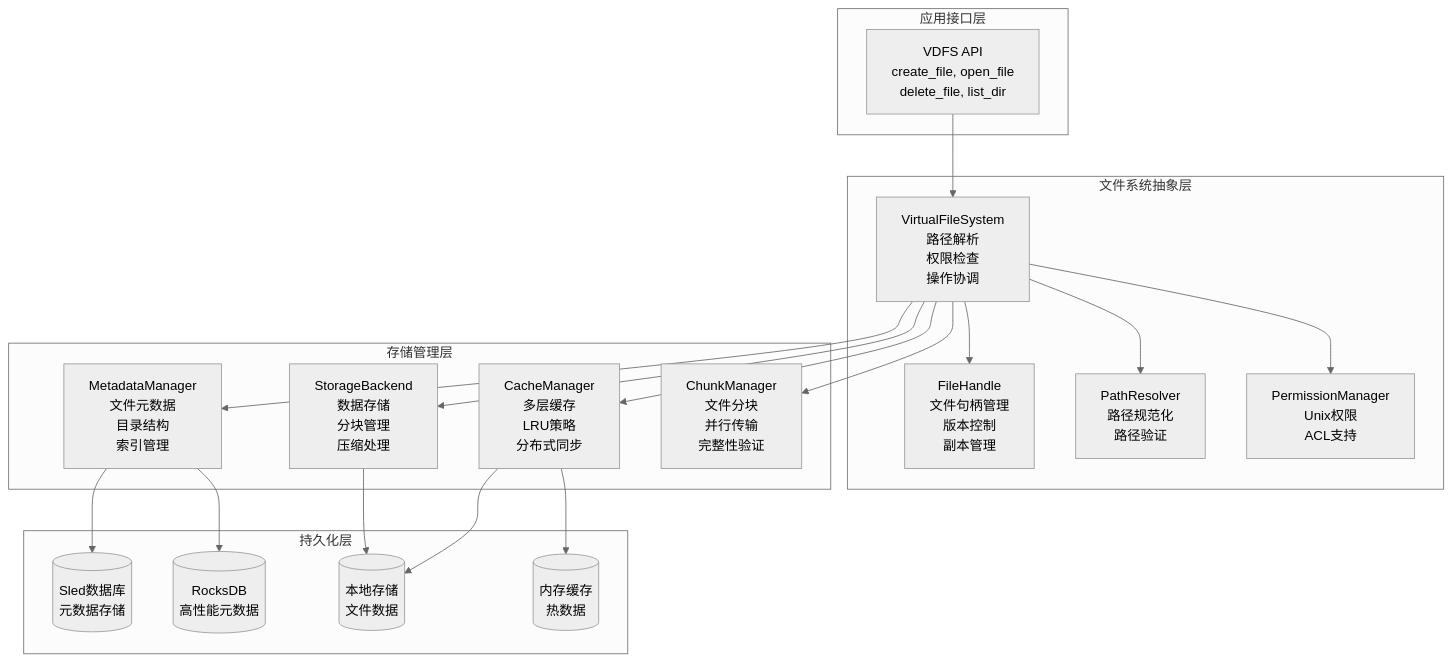
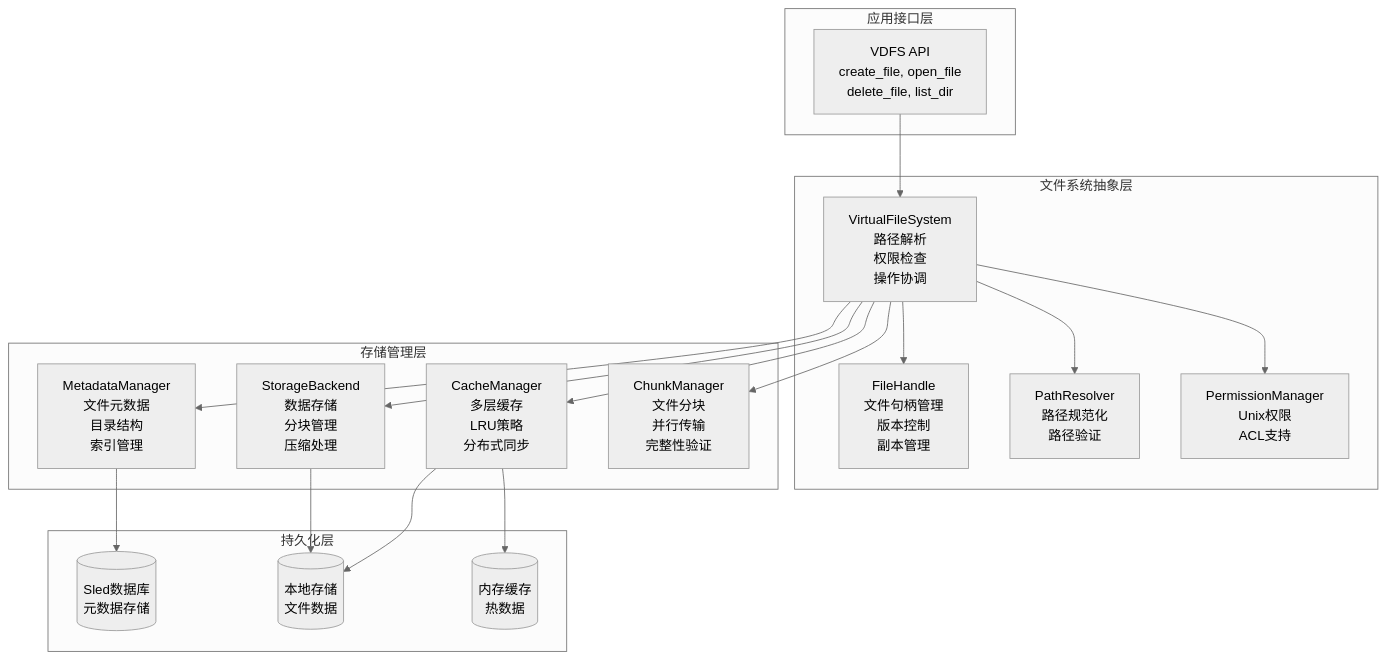
The seventh of 19 diagrams in docs/CORE_ARCHITECTURE.md (Gyangu/librorum), drawn with Mermaid (neutral theme) before and after one commit. The commit also changed other lines of this file and 4 other files, not shown here.

````diff
--- a/docs/CORE_ARCHITECTURE.md
+++ b/docs/CORE_ARCHITECTURE.md
@@ -308,49 +308,47 @@
 ```mermaid
 graph TB
     subgraph "应用接口层"
         API[VDFS API<br/>create_file, open_file<br/>delete_file, list_dir]
     end
 
     subgraph "文件系统抽象层"
         VFS[VirtualFileSystem<br/>路径解析<br/>权限检查<br/>操作协调]
         
         FileHandle[FileHandle<br/>文件句柄管理<br/>版本控制<br/>副本管理]
         
         PathResolver[PathResolver<br/>路径规范化<br/>路径验证]
         
         PermissionManager[PermissionManager<br/>Unix权限<br/>ACL支持]
     end
 
     subgraph "存储管理层"
         MetadataManager[MetadataManager<br/>文件元数据<br/>目录结构<br/>索引管理]
         
         StorageBackend[StorageBackend<br/>数据存储<br/>分块管理<br/>压缩处理]
         
         CacheManager[CacheManager<br/>多层缓存<br/>LRU策略<br/>分布式同步]
         
         ChunkManager[ChunkManager<br/>文件分块<br/>并行传输<br/>完整性验证]
     end
 
     subgraph "持久化层"
         SledDB[(Sled数据库<br/>元数据存储)]
-        RocksDB[(RocksDB<br/>高性能元数据)]
         LocalStorage[(本地存储<br/>文件数据)]
         MemoryCache[(内存缓存<br/>热数据)]
     end
 
     API --> VFS
     VFS --> FileHandle
     VFS --> PathResolver
     VFS --> PermissionManager
     
     VFS --> MetadataManager
     VFS --> StorageBackend
     VFS --> CacheManager
     VFS --> ChunkManager
     
     MetadataManager --> SledDB
-    MetadataManager --> RocksDB
     StorageBackend --> LocalStorage
     CacheManager --> MemoryCache
     CacheManager --> LocalStorage
 ```
````
